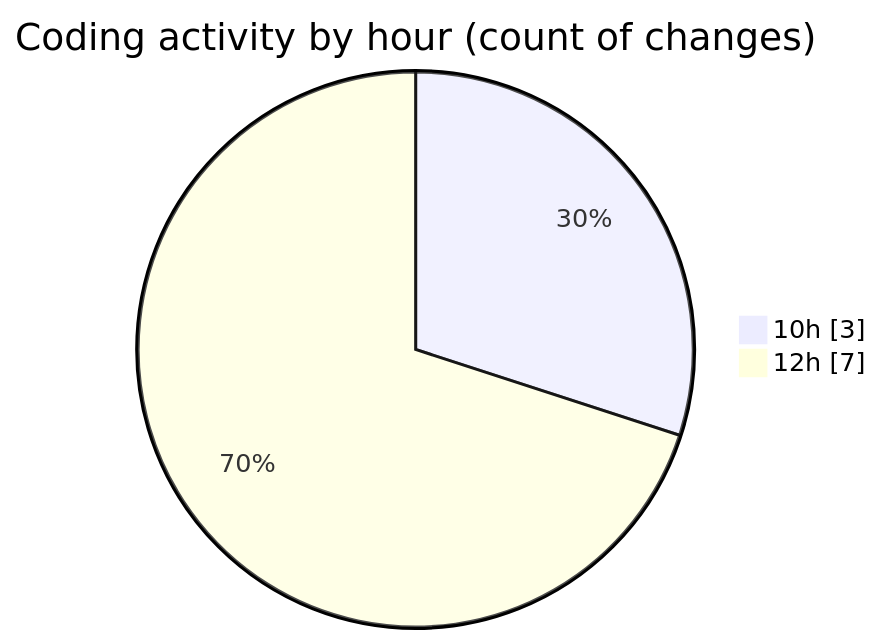
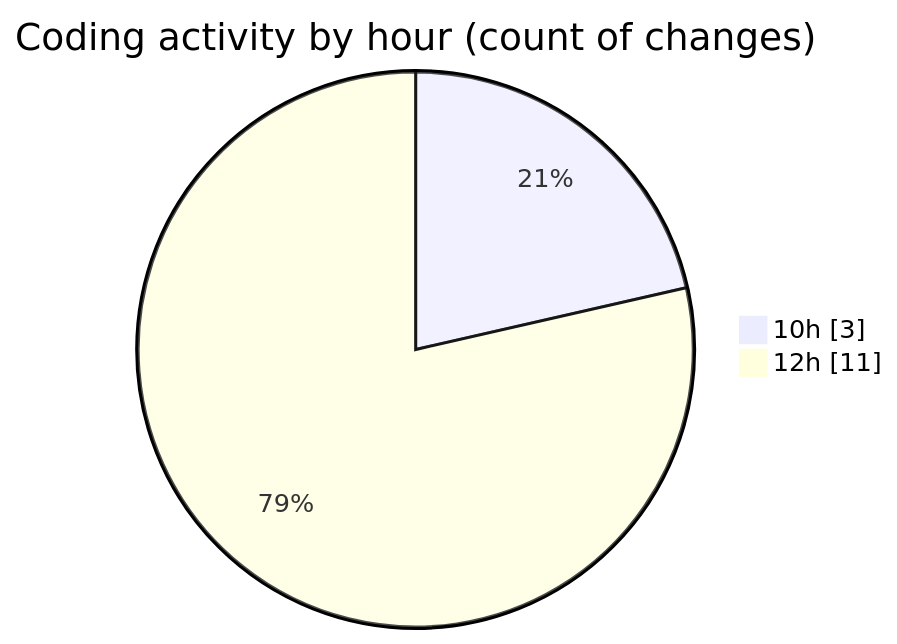
One commit to nxtqubesakshisongat/code-tracking changed the second of 2 diagrams in 2025-05-27/nxtqube_webapp/README.md. Above: the diagram before and after it, drawn with Mermaid. The commit also changed other lines of this file and 1 other file, not shown here.

````diff
--- a/2025-05-27/nxtqube_webapp/README.md
+++ b/2025-05-27/nxtqube_webapp/README.md
@@ -29,6 +29,6 @@
 ```mermaid
 pie showData
 title Coding activity by hour (count of changes)
 "10h" : 3
-"12h" : 7
+"12h" : 11
 ```
````
